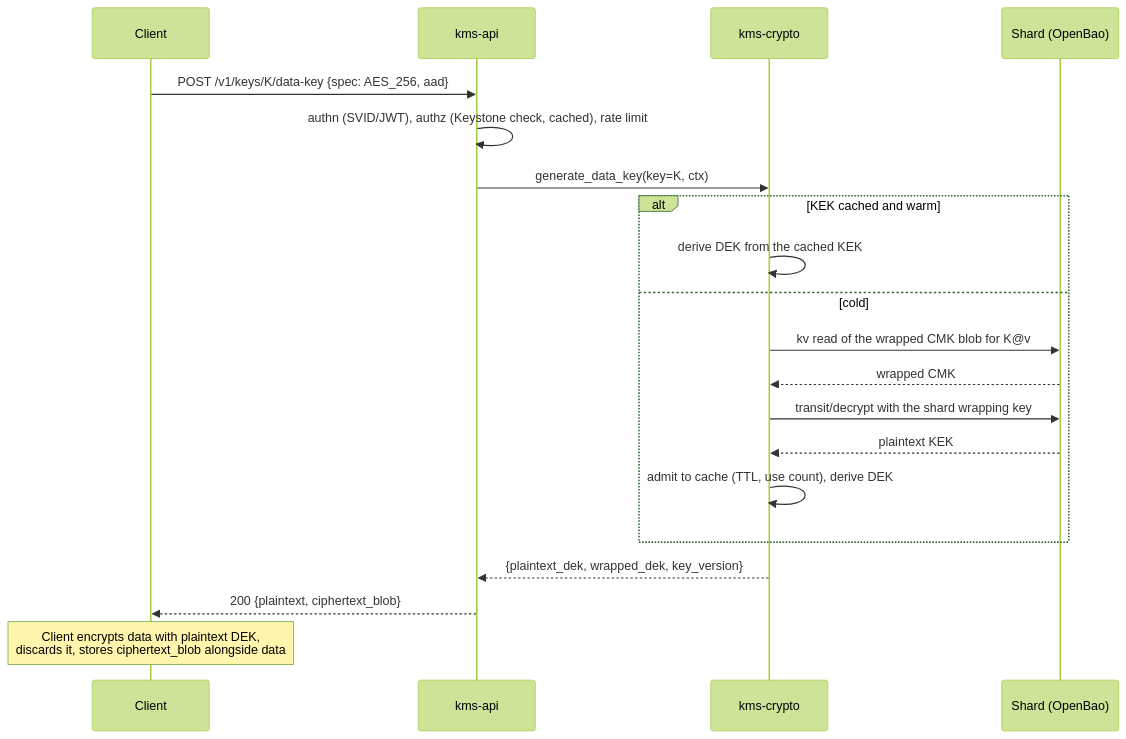
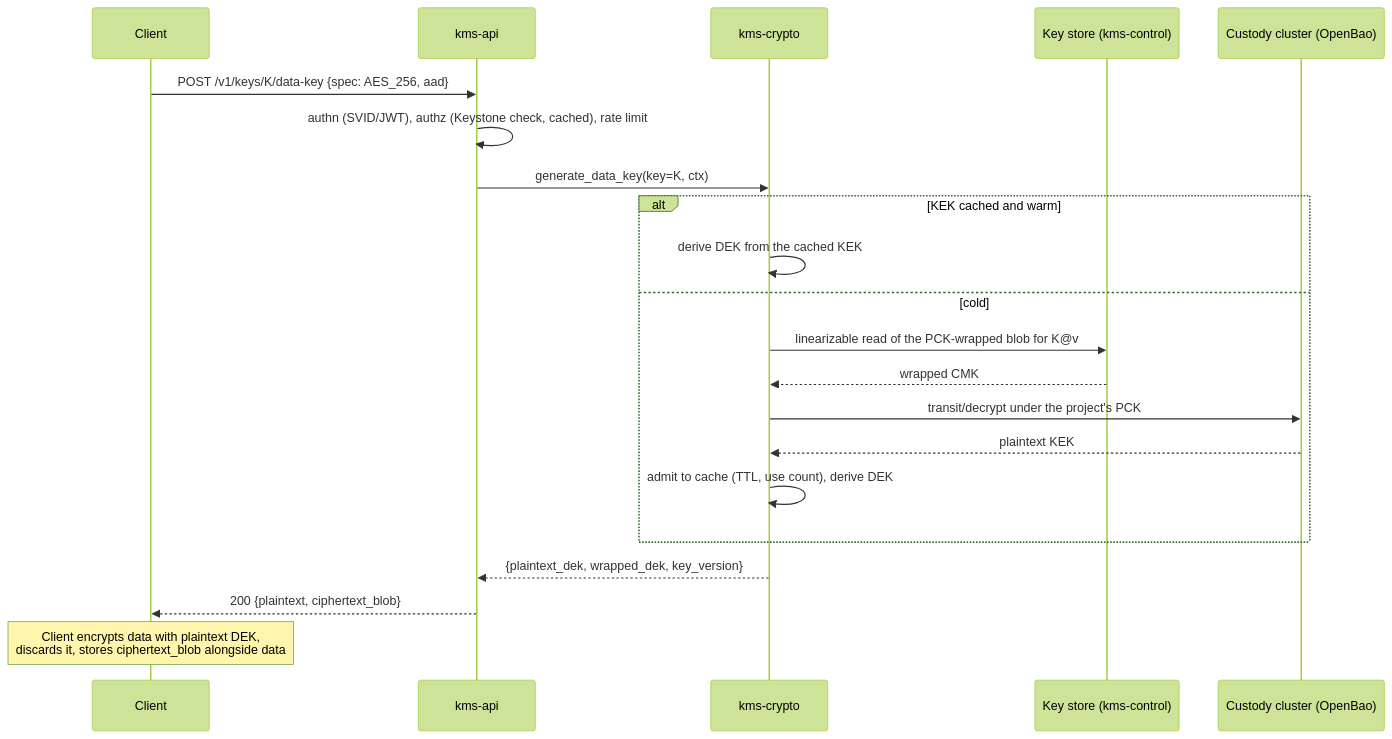
One commit to openstack-experimental/keystone changed the third of 5 diagrams in doc/src/kms-vision.md. Above: the diagram before and after it, drawn with Mermaid (forest theme). The commit also changed other lines of this file, not shown here.

First line of the commit message:
docs(kms): Replace the fleet with one custody pair

````diff
--- a/doc/src/kms-vision.md
+++ b/doc/src/kms-vision.md
@@ -831,23 +864,24 @@
 ```mermaid
 sequenceDiagram
     participant C as Client
     participant A as kms-api
     participant X as kms-crypto
-    participant S as Shard (OpenBao)
+    participant K as Key store (kms-control)
+    participant B as Custody cluster (OpenBao)
 
     C->>A: POST /v1/keys/K/data-key {spec: AES_256, aad}
     A->>A: authn (SVID/JWT), authz (Keystone check, cached), rate limit
     A->>X: generate_data_key(key=K, ctx)
     alt KEK cached and warm
         X->>X: derive DEK from the cached KEK
     else cold
-        X->>S: kv read of the wrapped CMK blob for K@v
-        S-->>X: wrapped CMK
-        X->>S: transit/decrypt with the shard wrapping key
-        S-->>X: plaintext KEK
+        X->>K: linearizable read of the PCK-wrapped blob for K@v
+        K-->>X: wrapped CMK
+        X->>B: transit/decrypt under the project's PCK
+        B-->>X: plaintext KEK
         X->>X: admit to cache (TTL, use count), derive DEK
     end
     X-->>A: {plaintext_dek, wrapped_dek, key_version}
     A-->>C: 200 {plaintext, ciphertext_blob}
     Note over C: Client encrypts data with plaintext DEK,<br/>discards it, stores ciphertext_blob alongside data
 ```
````
